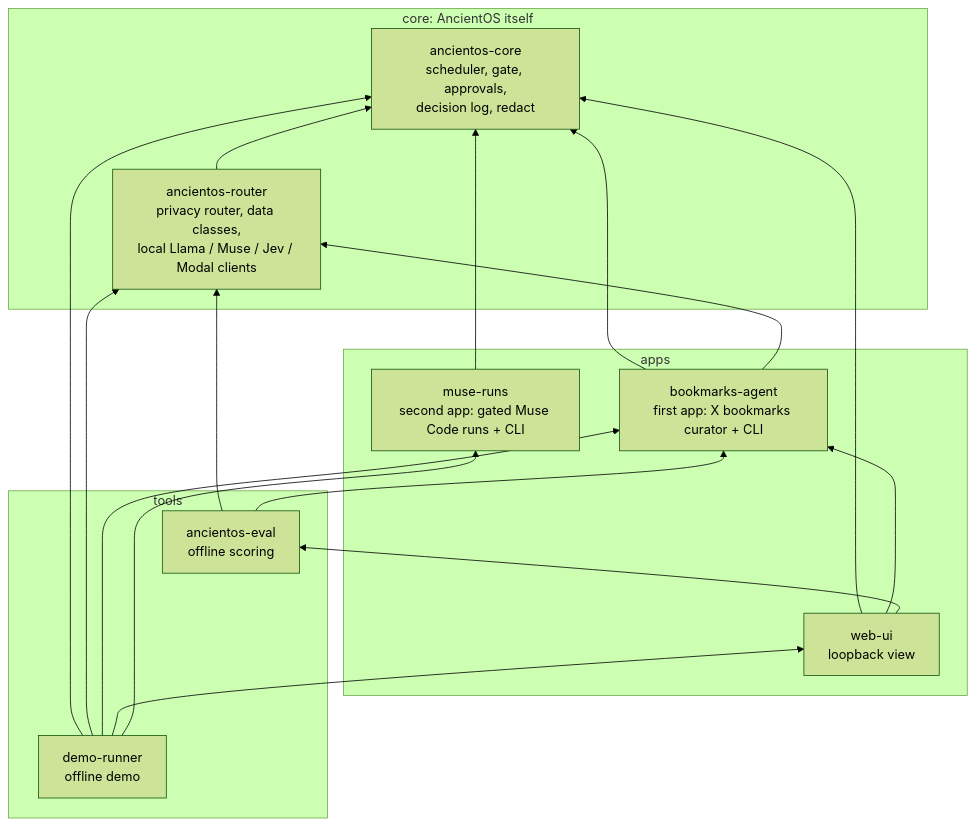
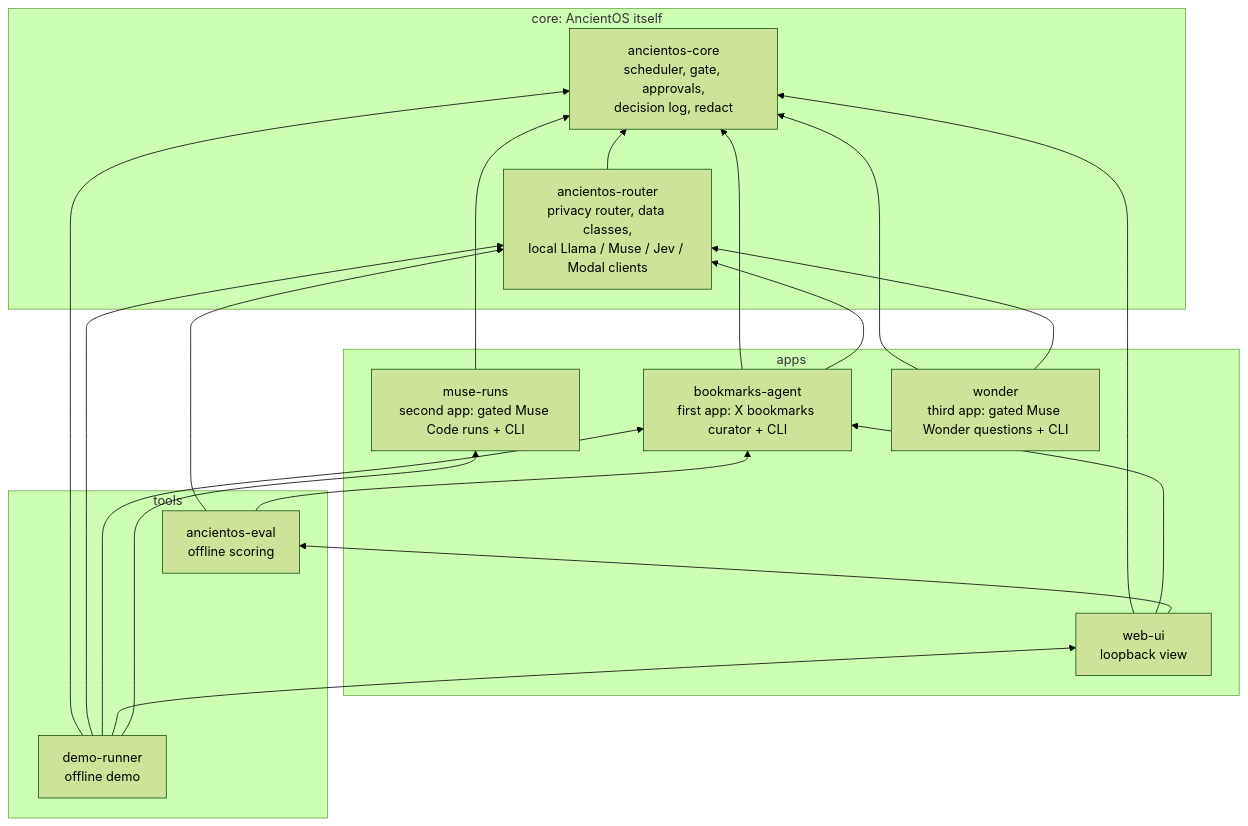
Before and after one commit to nathandavidgreene/ancientos-hackathon: the first of 3 diagrams in docs/core-and-apps.md, drawn with Mermaid (forest theme). The commit also changed other lines of this file and 8 other files, not shown here.

````diff
--- a/docs/core-and-apps.md
+++ b/docs/core-and-apps.md
@@ -11,30 +11,33 @@
 ```mermaid
 flowchart BT
   subgraph CORE[core: AncientOS itself]
     core[ancientos-core<br/>scheduler, gate, approvals,<br/>decision log, redact]
     router[ancientos-router<br/>privacy router, data classes,<br/>local Llama / Muse / Jev / Modal clients]
   end
   subgraph APPS[apps]
     agent[bookmarks-agent<br/>first app: X bookmarks curator + CLI]
     web[web-ui<br/>loopback view]
     muse[muse-runs<br/>second app: gated Muse Code runs + CLI]
+    wonder[wonder<br/>third app: gated Muse Wonder questions + CLI]
   end
   subgraph TOOLS[tools]
     demo[demo-runner<br/>offline demo]
     eval[ancientos-eval<br/>offline scoring]
   end
   router --> core
   agent --> core
   agent --> router
   web --> core
   web --> agent
   web --> eval
   muse --> core
+  wonder --> core
+  wonder --> router
   demo --> core
   demo --> router
   demo --> agent
   demo --> web
   demo --> muse
   eval --> router
   eval --> agent
 ```
````
